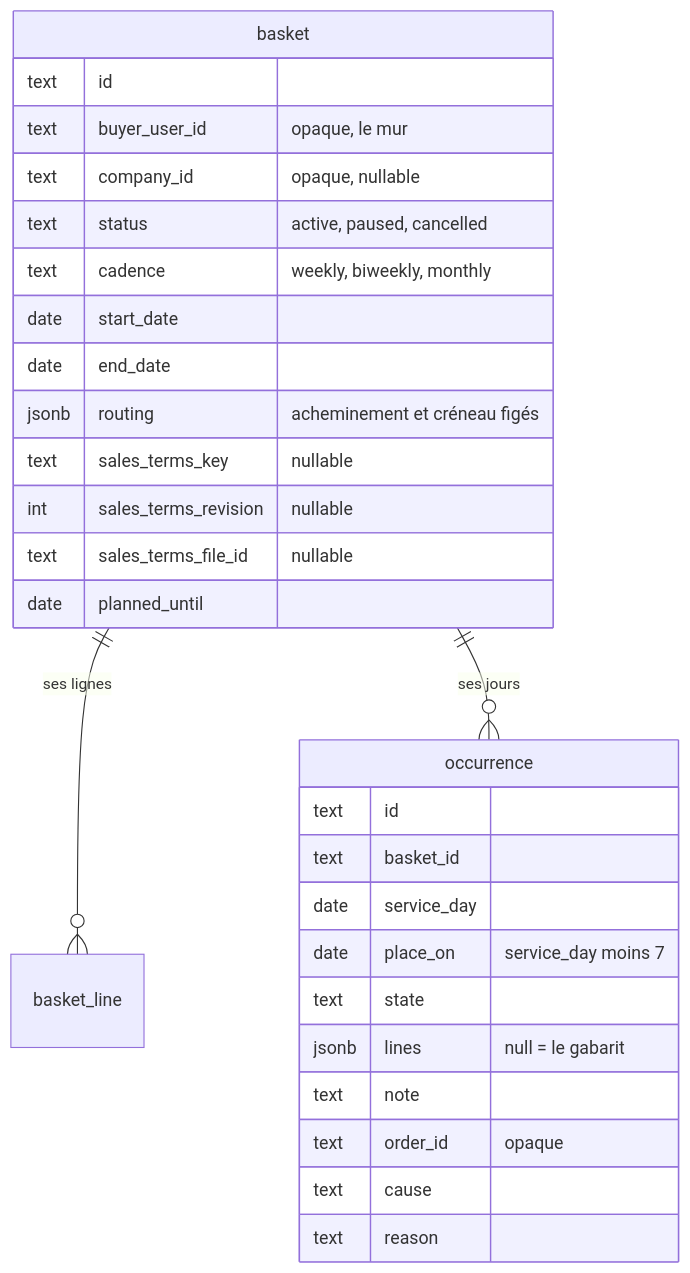
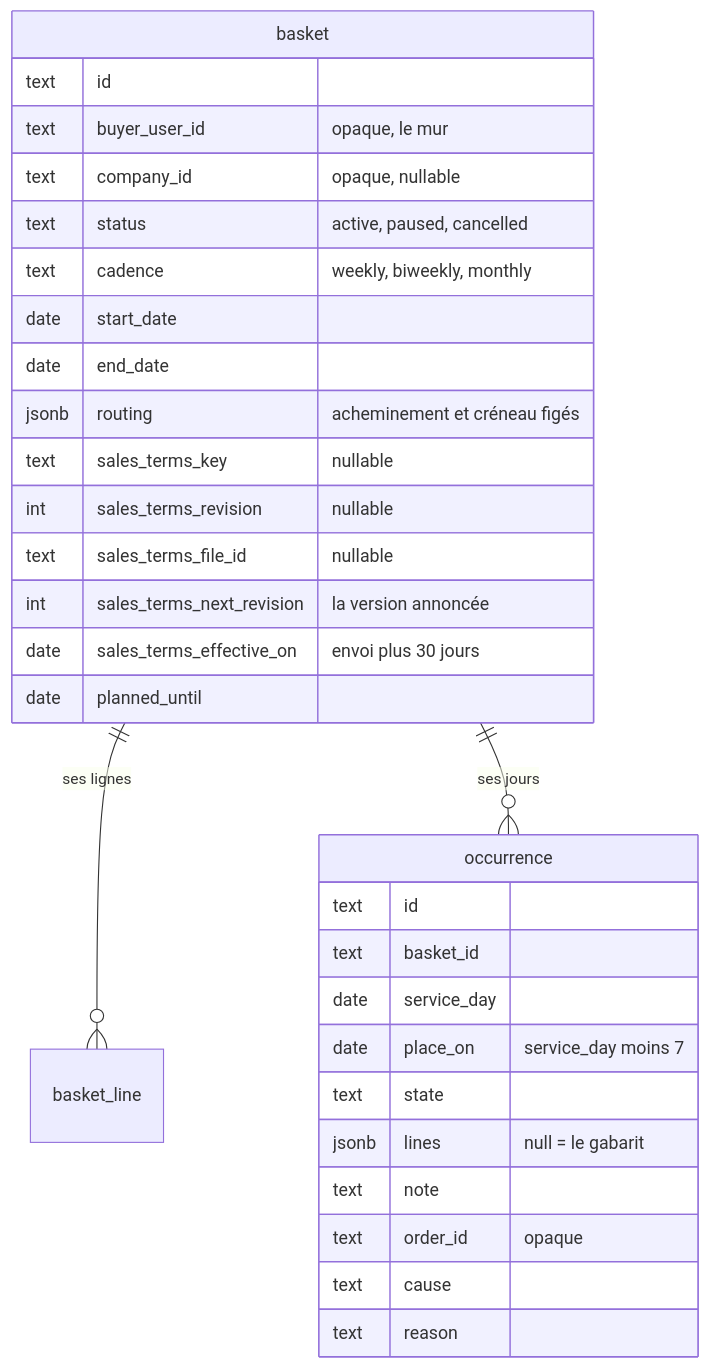
One commit to hugoheynard/lfd changed the second of 3 diagrams in documentation/commandes/paniers-recurrents/plan-bloc-recurrent.md. Above: the diagram before and after it, drawn with Mermaid. The commit also changed other lines of this file, not shown here.

First line of the commit message:
docs(paniers-recurrents): les CGV d'un panier changent avec un préavis de trente jours

````diff
--- a/documentation/commandes/paniers-recurrents/plan-bloc-recurrent.md
+++ b/documentation/commandes/paniers-recurrents/plan-bloc-recurrent.md
@@ -137,31 +137,33 @@
 ```mermaid
 erDiagram
   basket ||--o{ basket_line : "ses lignes"
   basket ||--o{ occurrence : "ses jours"
   basket {
     text id
     text buyer_user_id "opaque, le mur"
     text company_id "opaque, nullable"
     text status "active, paused, cancelled"
     text cadence "weekly, biweekly, monthly"
     date start_date
     date end_date
     jsonb routing "acheminement et créneau figés"
     text sales_terms_key "nullable"
     int sales_terms_revision "nullable"
     text sales_terms_file_id "nullable"
+    int sales_terms_next_revision "la version annoncée"
+    date sales_terms_effective_on "envoi plus 30 jours"
     date planned_until
   }
   occurrence {
     text id
     text basket_id
     date service_day
     date place_on "service_day moins 7"
     text state
     jsonb lines "null = le gabarit"
     text note
     text order_id "opaque"
     text cause
     text reason
   }
 ```
````
